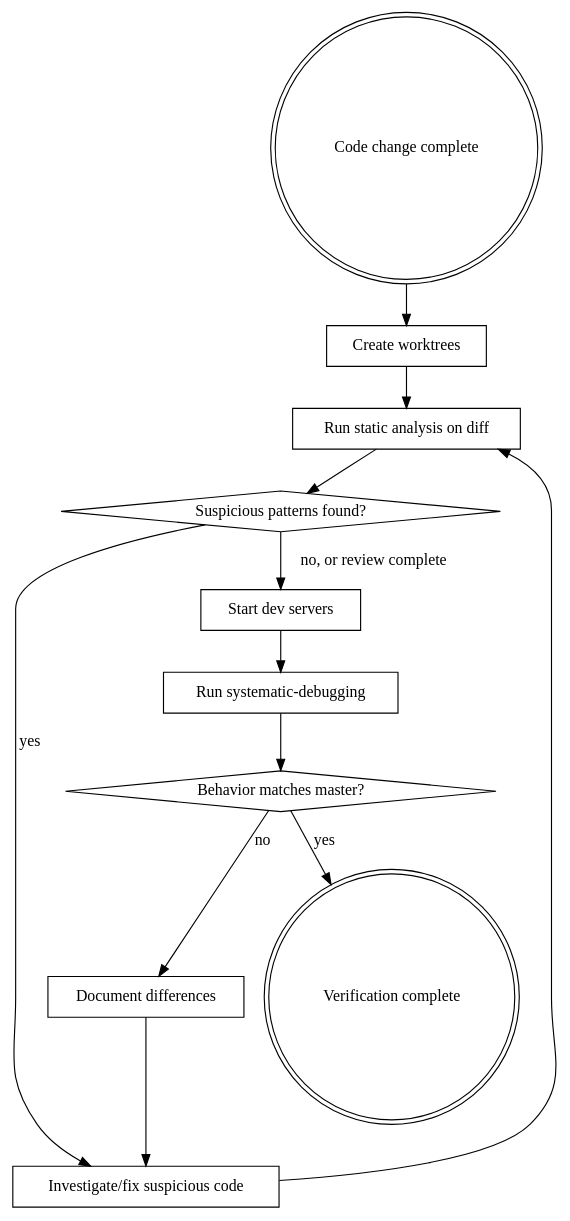
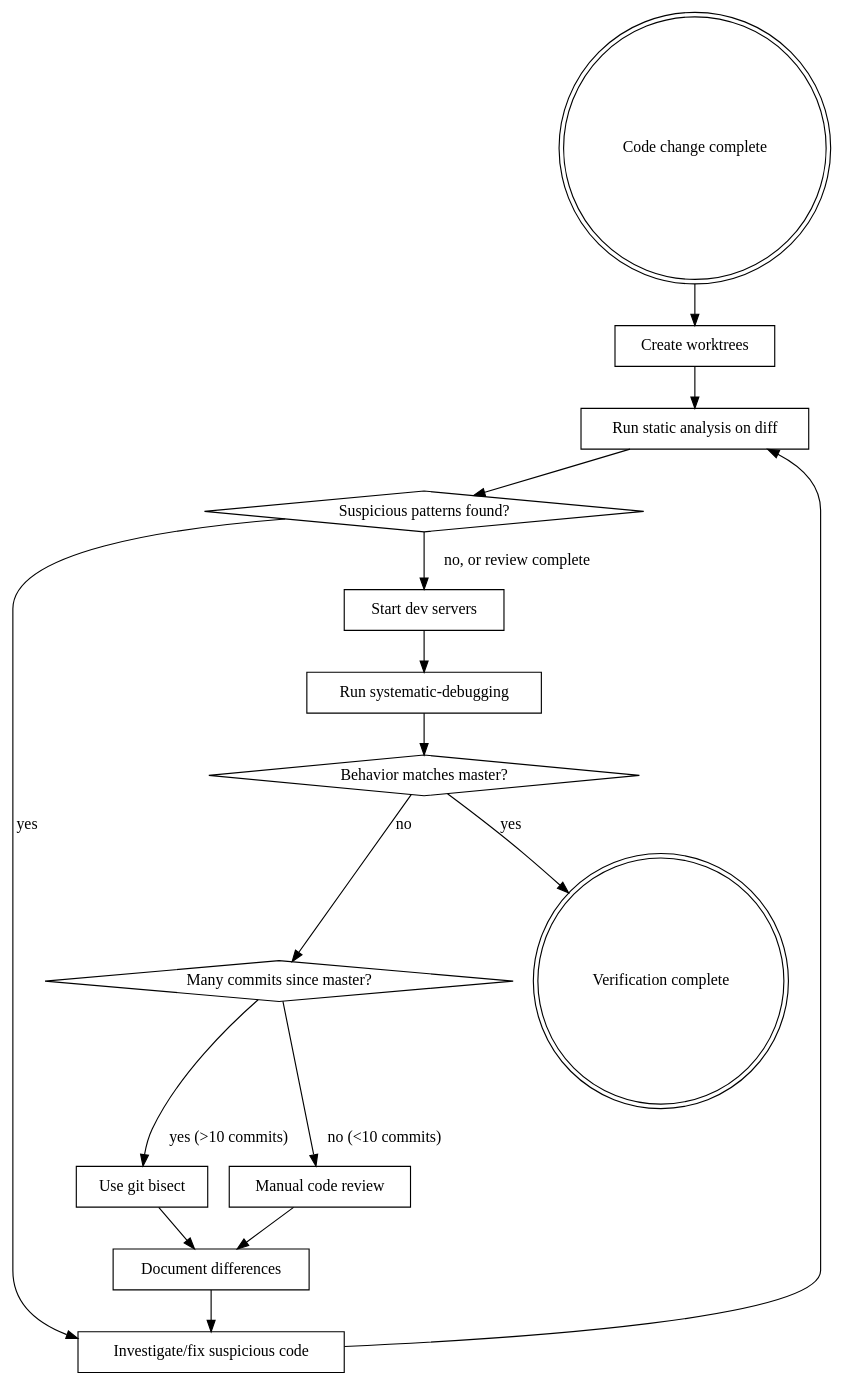
The diagram in .claude/commands/verification/compare-to-master.md (JackUait/blok), drawn with Graphviz before and after one commit. The commit also changed other lines of this file and 1 other file, not shown here.

````diff
--- a/.claude/commands/verification/compare-to-master.md
+++ b/.claude/commands/verification/compare-to-master.md
@@ -24,26 +24,33 @@
 ```dot
 digraph compare_flow {
     "Code change complete" [shape=doublecircle];
     "Create worktrees" [shape=box];
     "Run static analysis on diff" [shape=box];
     "Suspicious patterns found?" [shape=diamond];
     "Investigate/fix suspicious code" [shape=box];
     "Start dev servers" [shape=box];
     "Run systematic-debugging" [shape=box];
     "Behavior matches master?" [shape=diamond];
+    "Many commits since master?" [shape=diamond];
+    "Use git bisect" [shape=box];
+    "Manual code review" [shape=box];
     "Document differences" [shape=box];
     "Verification complete" [shape=doublecircle];
 
     "Code change complete" -> "Create worktrees";
     "Create worktrees" -> "Run static analysis on diff";
     "Run static analysis on diff" -> "Suspicious patterns found?";
     "Suspicious patterns found?" -> "Investigate/fix suspicious code" [label="yes"];
     "Investigate/fix suspicious code" -> "Run static analysis on diff";
     "Suspicious patterns found?" -> "Start dev servers" [label="no, or review complete"];
     "Start dev servers" -> "Run systematic-debugging";
     "Run systematic-debugging" -> "Behavior matches master?";
-    "Behavior matches master?" -> "Document differences" [label="no"];
+    "Behavior matches master?" -> "Many commits since master?" [label="no"];
+    "Many commits since master?" -> "Use git bisect" [label="yes (>10 commits)"];
+    "Many commits since master?" -> "Manual code review" [label="no (<10 commits)"];
+    "Use git bisect" -> "Document differences";
+    "Manual code review" -> "Document differences";
+    "Document differences" -> "Investigate/fix suspicious code";
     "Behavior matches master?" -> "Verification complete" [label="yes"];
-    "Document differences" -> "Investigate/fix suspicious code";
 }
 ```
````
